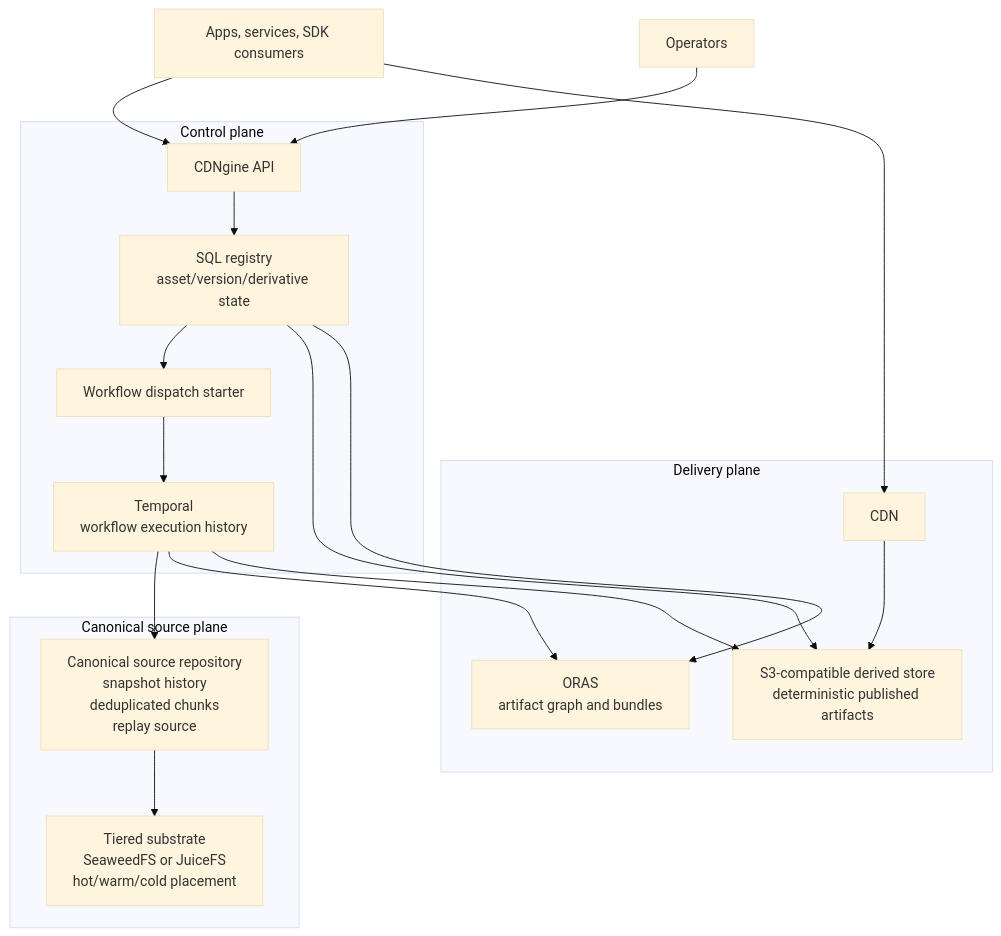
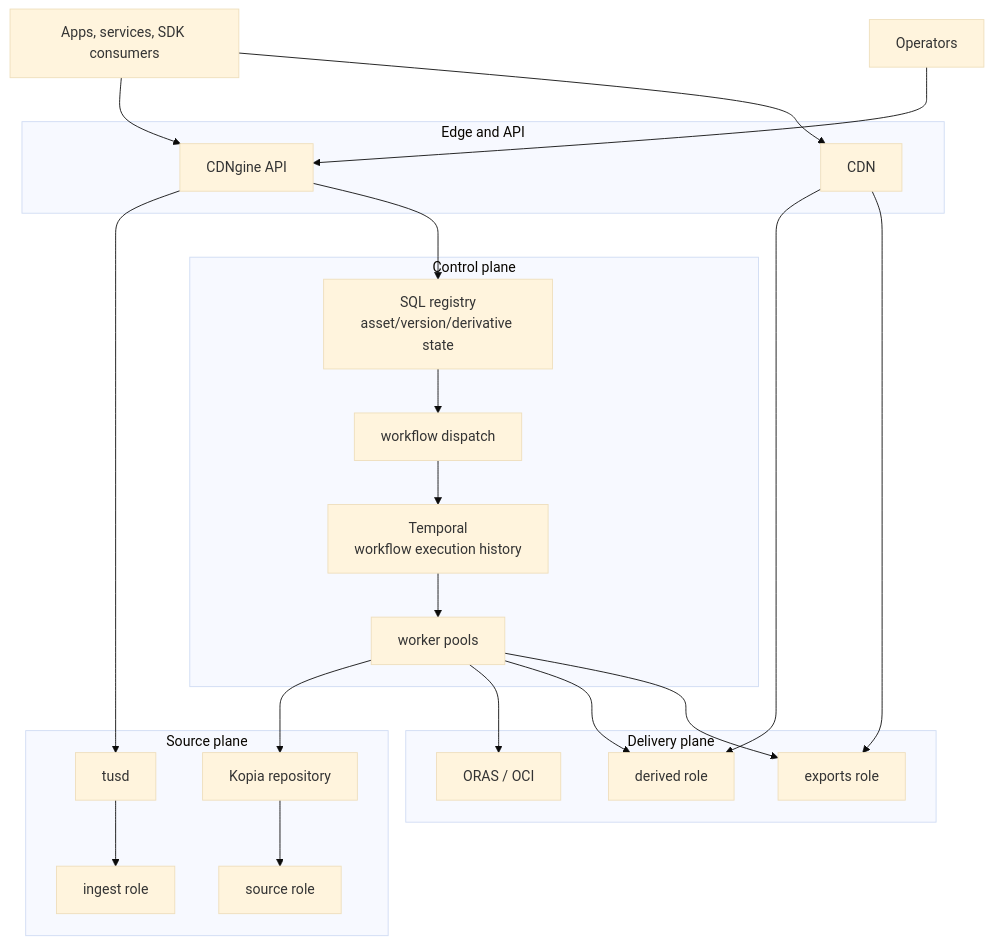
One commit to Yeusepe/cdngine changed the second of 15 diagrams in docs/architecture.md. Above: the diagram before and after it, drawn with Mermaid (base theme). The commit also changed other lines of this file and 23 other files, not shown here.

````diff
--- a/docs/architecture.md
+++ b/docs/architecture.md
@@ -175,34 +176,44 @@
 ```mermaid
 flowchart TB
-    subgraph Source["Canonical source plane"]
-        SourceRepo["Canonical source repository\nsnapshot history\ndeduplicated chunks\nreplay source"]
-        Tiered["Tiered substrate\nSeaweedFS or JuiceFS\nhot/warm/cold placement"]
-        SourceRepo --> Tiered
+    subgraph Edge["Edge and API"]
+        API["CDNgine API"]
+        CDN["CDN"]
     end
 
     subgraph Control["Control plane"]
-        API["CDNgine API"]
         Registry["SQL registry\nasset/version/derivative state"]
-        Starter["Workflow dispatch starter"]
+        Starter["workflow dispatch"]
         Temporal["Temporal\nworkflow execution history"]
+        Workers["worker pools"]
+    end
+
+    subgraph Source["Source plane"]
+        Ingest["tusd"]
+        IngestStore["ingest role"]
+        SourceRepo["Kopia repository"]
+        SourceBacking["source role"]
     end
 
     subgraph Delivery["Delivery plane"]
-        ArtifactGraph["ORAS\nartifact graph and bundles"]
-        Derived["S3-compatible derived store\ndeterministic published artifacts"]
-        CDN["CDN"]
+        ArtifactGraph["ORAS / OCI"]
+        Derived["derived role"]
+        Exports["exports role"]
     end
 
     Users["Apps, services, SDK consumers"] --> API
     Ops["Operators"] --> API
+    API --> Ingest
     API --> Registry
     Registry --> Starter
     Starter --> Temporal
-    Temporal --> SourceRepo
-    Temporal --> ArtifactGraph
-    Temporal --> Derived
-    Registry --> Derived
-    Registry --> ArtifactGraph
+    Temporal --> Workers
+    Ingest --> IngestStore
+    Workers --> SourceRepo
+    SourceRepo --> SourceBacking
+    Workers --> ArtifactGraph
+    Workers --> Derived
+    Workers --> Exports
     Users --> CDN
     CDN --> Derived
+    CDN --> Exports
 ```
````
